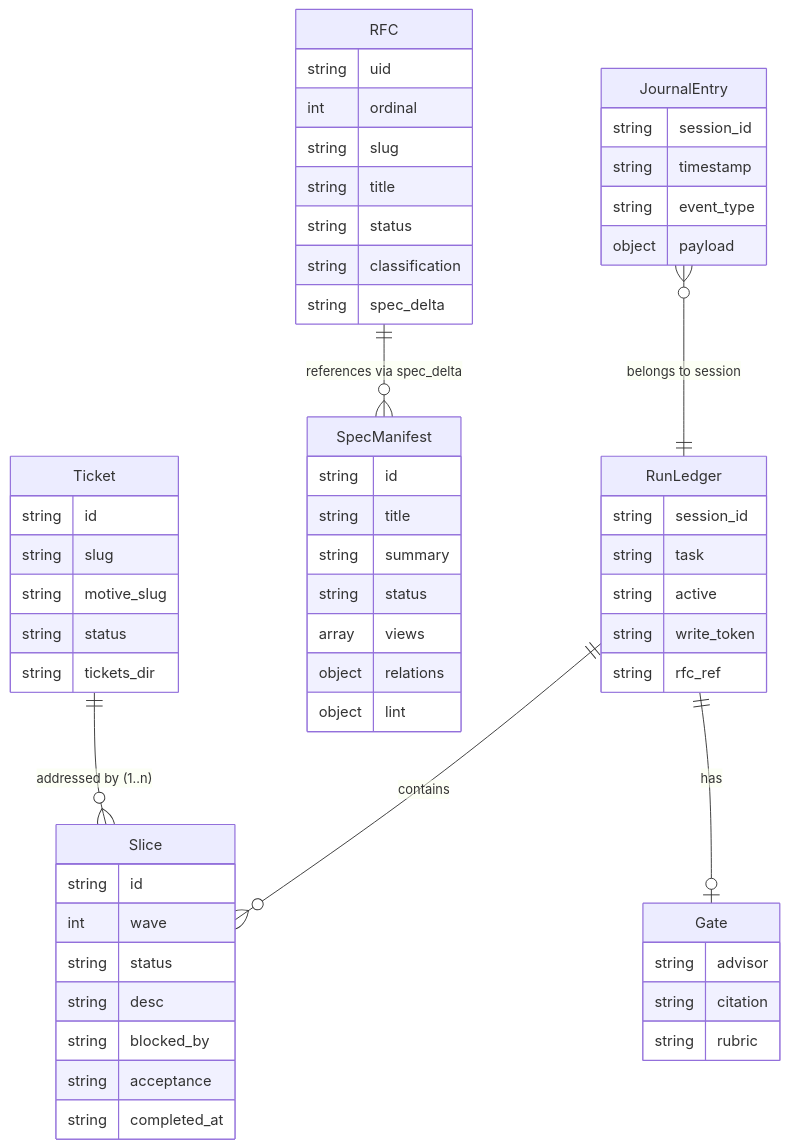
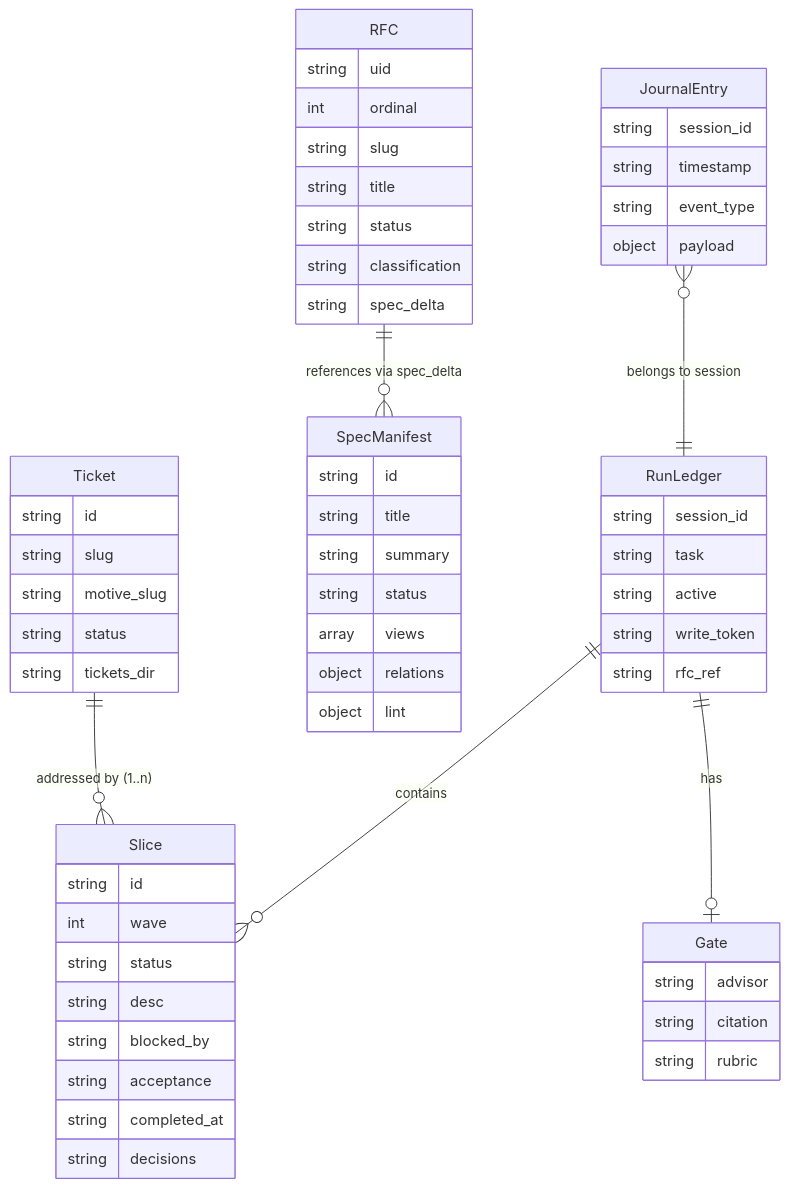
One commit to IniZio/groundwork changed the diagram in doc/specs/artifact/data-model.md. Above: the diagram before and after it, drawn with Mermaid. The commit also changed other lines of this file and 1 other file, not shown here.

````diff
--- a/doc/specs/artifact/data-model.md
+++ b/doc/specs/artifact/data-model.md
@@ -8,62 +8,63 @@
 ```mermaid
 erDiagram
     RunLedger {
         string session_id
         string task
         string active
         string write_token
         string rfc_ref
     }
     Slice {
         string id
         int wave
         string status
         string desc
         string blocked_by
         string acceptance
         string completed_at
+        string decisions
     }
     Gate {
         string advisor
         string citation
         string rubric
     }
     RFC {
         string uid
         int ordinal
         string slug
         string title
         string status
         string classification
         string spec_delta
     }
     JournalEntry {
         string session_id
         string timestamp
         string event_type
         object payload
     }
     SpecManifest {
         string id
         string title
         string summary
         string status
         array views
         object relations
         object lint
     }
 
     Ticket {
         string id
         string slug
         string motive_slug
         string status
         string tickets_dir
     }
 
     RunLedger ||--o{ Slice : "contains"
     RunLedger ||--o| Gate : "has"
     RFC ||--o{ SpecManifest : "references via spec_delta"
     JournalEntry }o--|| RunLedger : "belongs to session"
     Ticket ||--o{ Slice : "addressed by (1..n)"
 ```
````
